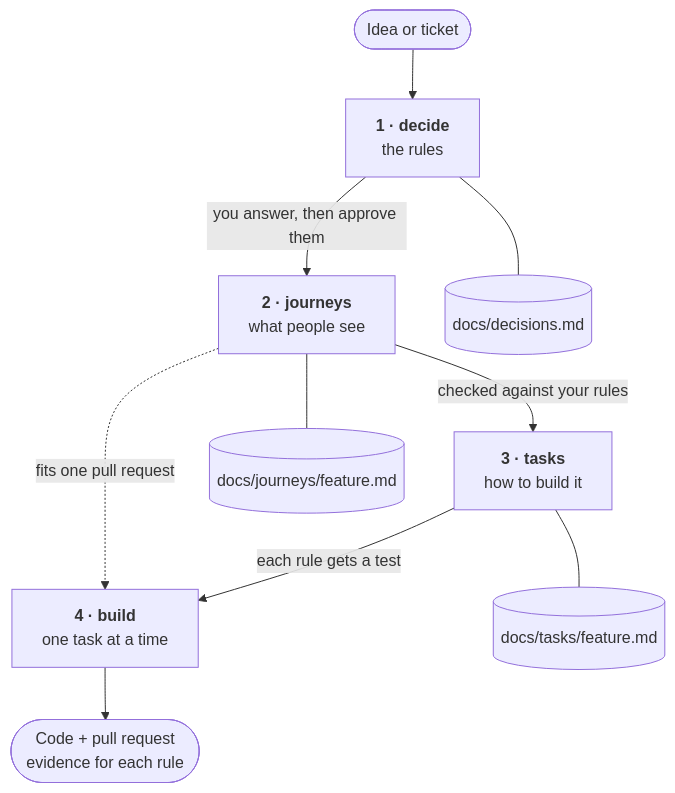
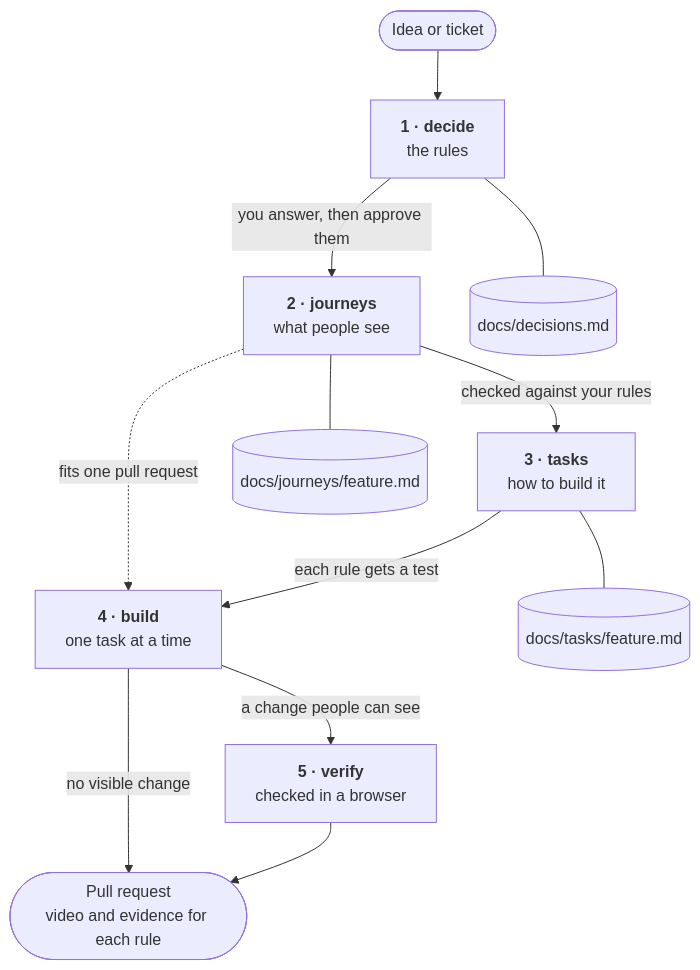
One commit to hivinaynair/agentic-skills changed the diagram in README.md. Above: the diagram before and after it, drawn with Mermaid. The commit also changed other lines of this file and 40 other files, not shown here.

````diff
--- a/README.md
+++ b/README.md
@@ -17,13 +17,15 @@
 ```mermaid
 flowchart TD
     idea([Idea or ticket]) --> decide
     decide["<b>1 · decide</b><br/>the rules"] -->|you answer, then approve them| journeys
     journeys["<b>2 · journeys</b><br/>what people see"] -->|checked against your rules| tasks
     tasks["<b>3 · tasks</b><br/>how to build it"] -->|each rule gets a test| build
-    build["<b>4 · build</b><br/>one task at a time"] --> pr([Code + pull request<br/>evidence for each rule])
+    build["<b>4 · build</b><br/>one task at a time"] -->|a change people can see| verify
+    verify["<b>5 · verify</b><br/>checked in a browser"] --> pr([Pull request<br/>video and evidence for each rule])
+    build -->|no visible change| pr
     journeys -.->|fits one pull request| build
 
     decide --- d[(docs/decisions.md)]
     journeys --- j[(docs/journeys/feature.md)]
     tasks --- t[(docs/tasks/feature.md)]
 ```
````
